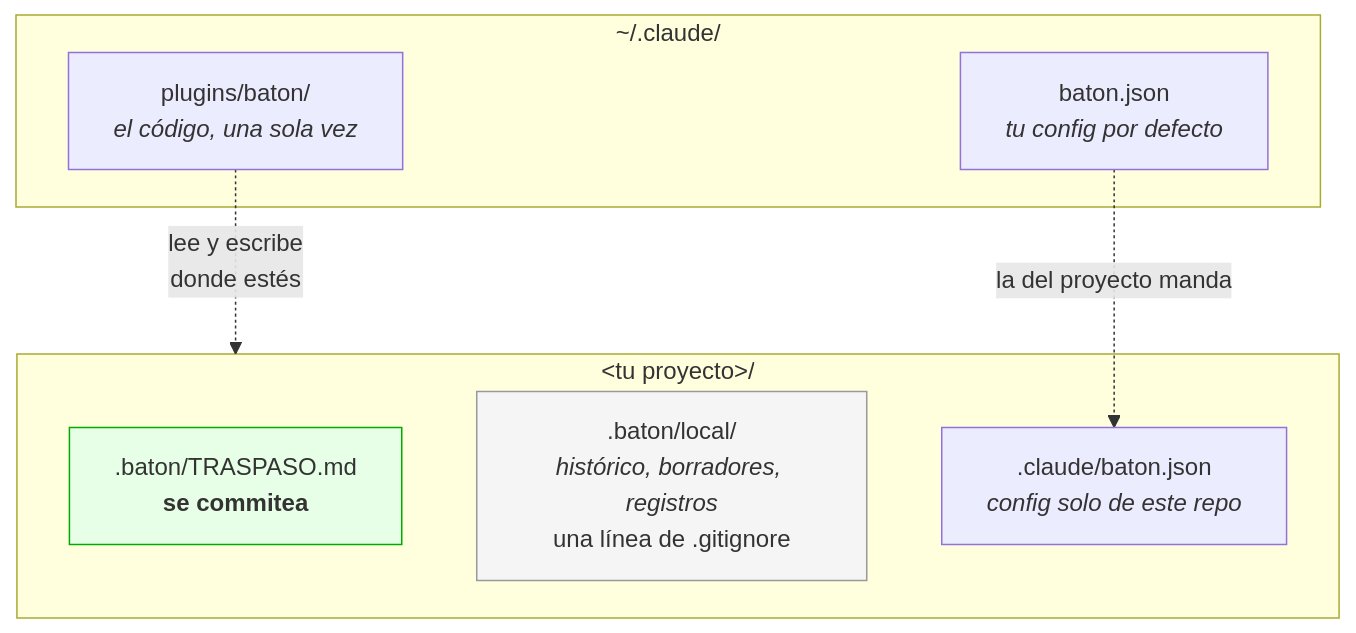
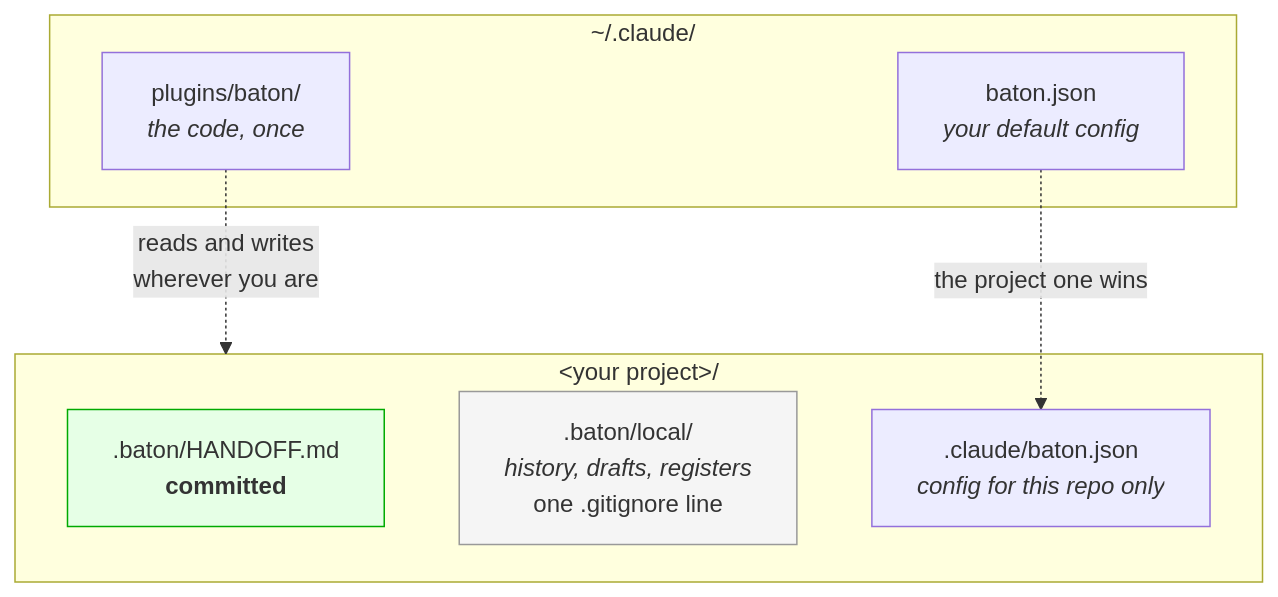
One commit to mrshelll/baton changed the sixth of 6 diagrams in README.md. Above: the diagram before and after it, drawn with Mermaid. The commit also changed other lines of this file and 50 other files, not shown here.

First line of the commit message:
feat!: inglés como idioma del proyecto, con `language` para lo que se lee

````diff
--- a/README.md
+++ b/README.md
@@ -219,16 +221,16 @@
 ```mermaid
 flowchart TB
     subgraph home["~/.claude/"]
-        P["plugins/baton/<br/><i>el código, una sola vez</i>"]
-        G["baton.json<br/><i>tu config por defecto</i>"]
+        P["plugins/baton/<br/><i>the code, once</i>"]
+        G["baton.json<br/><i>your default config</i>"]
     end
-    subgraph proy["&lt;tu proyecto&gt;/"]
-        T[".baton/TRASPASO.md<br/><b>se commitea</b>"]
-        L[".baton/local/<br/><i>histórico, borradores, registros</i><br/>una línea de .gitignore"]
-        CP[".claude/baton.json<br/><i>config solo de este repo</i>"]
+    subgraph proj["&lt;your project&gt;/"]
+        T[".baton/HANDOFF.md<br/><b>committed</b>"]
+        L[".baton/local/<br/><i>history, drafts, registers</i><br/>one .gitignore line"]
+        CP[".claude/baton.json<br/><i>config for this repo only</i>"]
     end
-    P -.->|"lee y escribe<br/>donde estés"| proy
-    G -.->|"la del proyecto manda"| CP
+    P -.->|"reads and writes<br/>wherever you are"| proj
+    G -.->|"the project one wins"| CP
     style T fill:#e6ffe6,stroke:#0a0
     style L fill:#f5f5f5,stroke:#999
 ```
````
